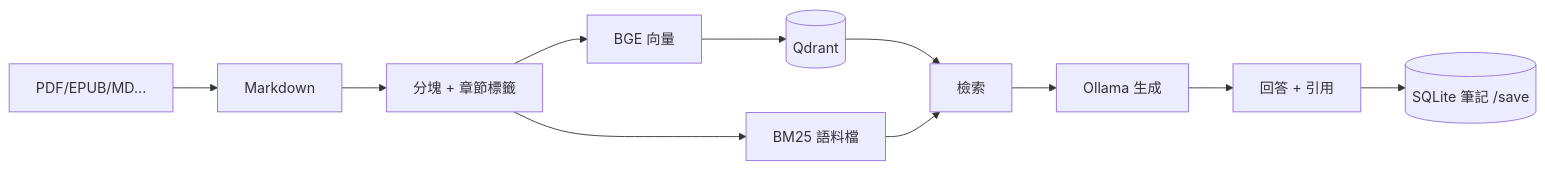
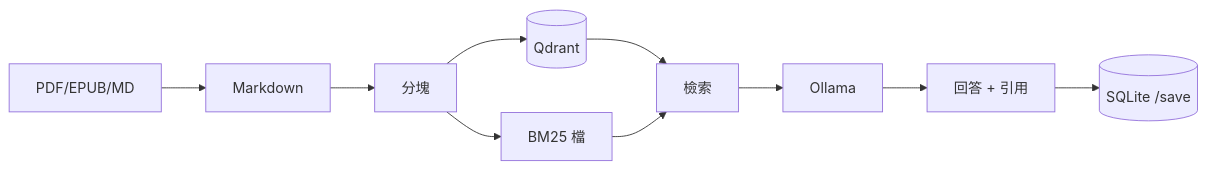
Before and after one commit to yu2C/book-spirit: the diagram in README.md, drawn with Mermaid. The commit also changed other lines of this file and 31 other files, not shown here.

First line of the commit message:
refactor: update architecture and documentation for clarity and consistency

````diff
--- a/README.md
+++ b/README.md
@@ -58,13 +39,12 @@
 ```mermaid
 flowchart LR
-    Src[PDF/EPUB/MD...] --> MD[Markdown]
-    MD --> Chunk[分塊 + 章節標籤]
-    Chunk --> Embed[BGE 向量]
-    Embed --> Qdrant[(Qdrant)]
-    Chunk --> BM25[BM25 語料檔]
+    Src[PDF/EPUB/MD] --> MD[Markdown]
+    MD --> Chunk[分塊]
+    Chunk --> Qdrant[(Qdrant)]
+    Chunk --> BM25[BM25 檔]
     Qdrant --> Retrieve[檢索]
     BM25 --> Retrieve
-    Retrieve --> LLM[Ollama 生成]
+    Retrieve --> LLM[Ollama]
     LLM --> Answer[回答 + 引用]
-    Answer --> SQLite[(SQLite 筆記 /save)]
+    Answer --> SQLite[(SQLite /save)]
 ```
````
